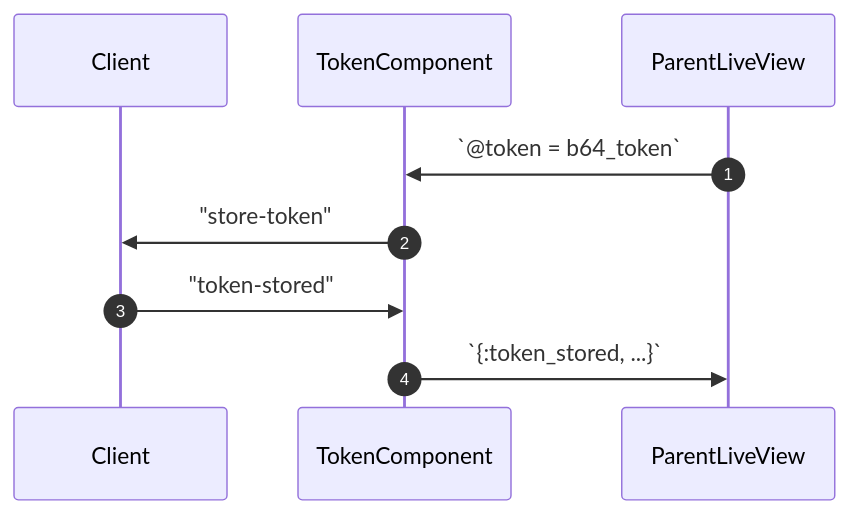
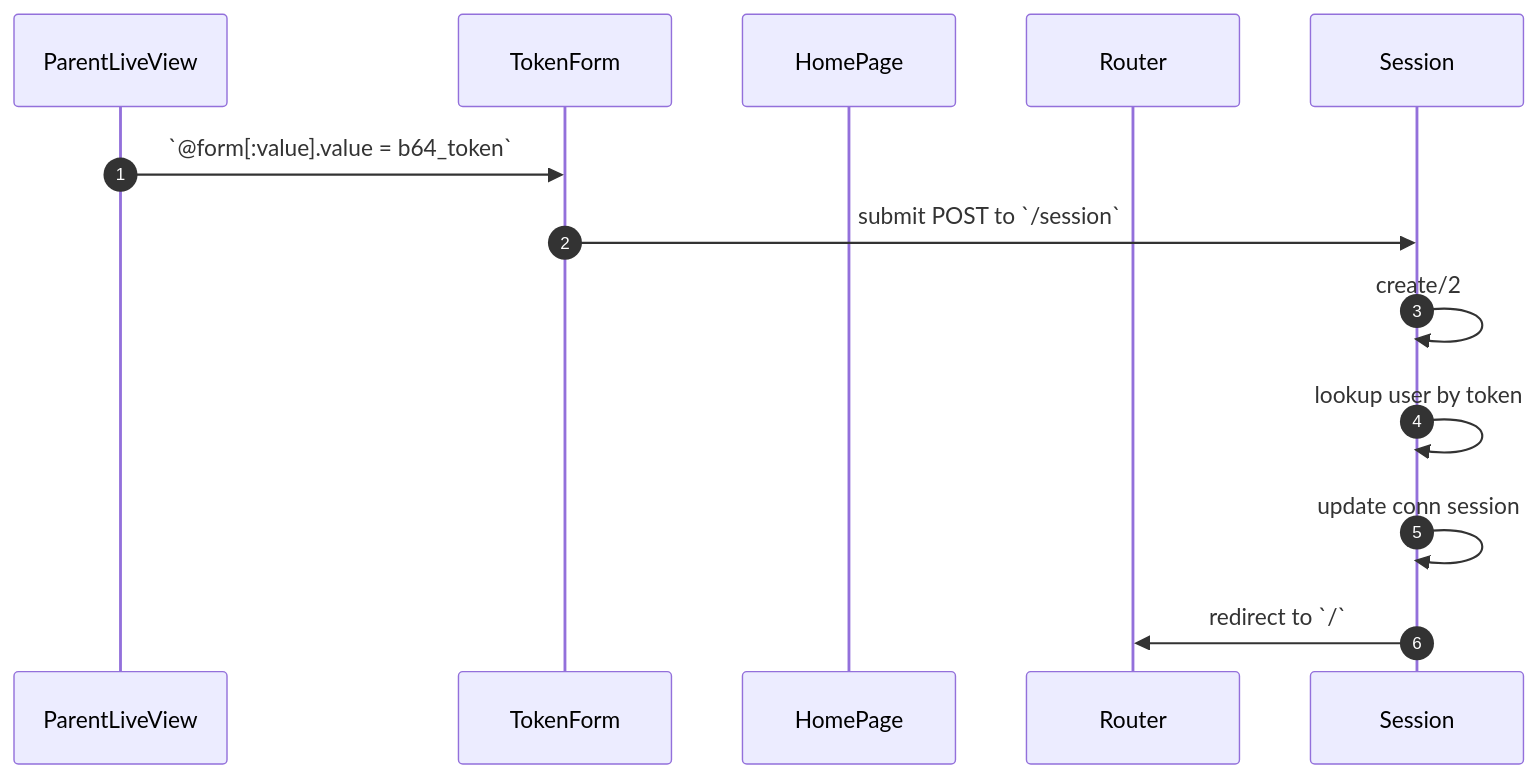
The fourth of 6 diagrams in webauthn_flows.md (liveshowy/webauthn_components), drawn with Mermaid before and after one commit. The commit also changed other lines of this file, not shown here.

Commit message:
update flow diagrams

````diff
--- a/webauthn_flows.md
+++ b/webauthn_flows.md
@@ -72,12 +85,15 @@
 ```mermaid
 sequenceDiagram
    autonumber
-   participant Client
-   participant TokenComponent
    participant ParentLiveView
+   participant TokenForm
+   participant HomePage
+   participant Router
 
-   ParentLiveView->>TokenComponent: `@token = b64_token`
-   TokenComponent->>Client: "store-token"
-   Client->>TokenComponent: "token-stored"
-   TokenComponent->>ParentLiveView: `{:token_stored, ...}`
+   ParentLiveView->>TokenForm: `@form[:value].value = b64_token`
+   TokenForm->>Session: submit POST to `/session`
+   Session->>Session: create/2
+   Session->>Session: lookup user by token
+   Session->>Session: update conn session
+   Session->>Router: redirect to `/`
 ```
````
